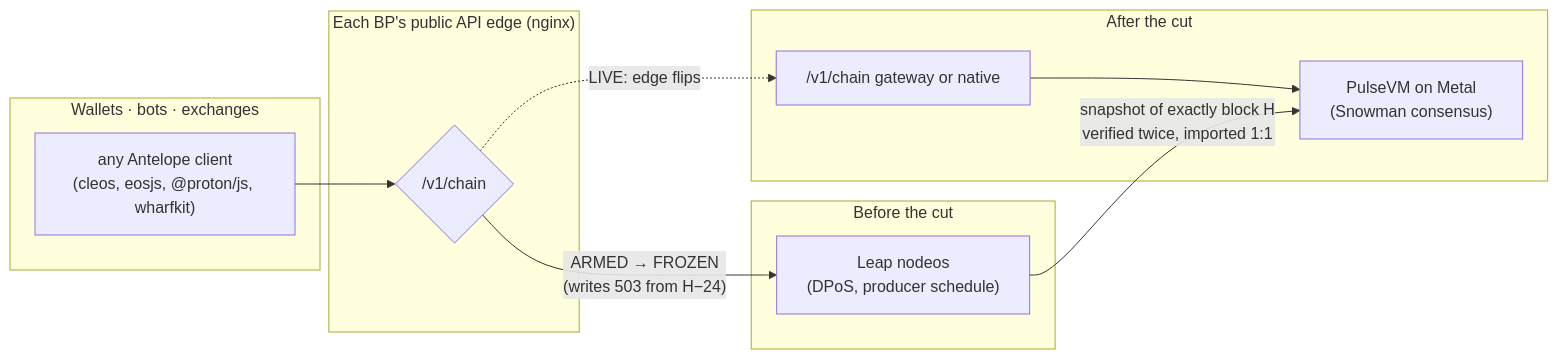
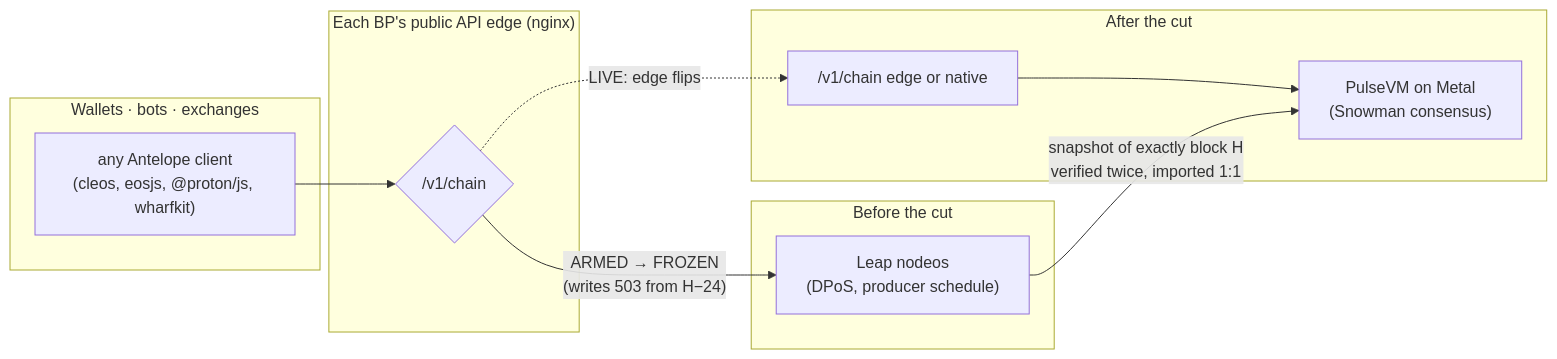
Before and after one commit to paulgnz/pulse-cutover: the diagram in README.md, drawn with Mermaid. The commit also changed other lines of this file and 8 other files, not shown here.

````diff
--- a/README.md
+++ b/README.md
@@ -74,19 +72,19 @@
 ```mermaid
 flowchart LR
     subgraph clients["Wallets · bots · exchanges"]
         A["any Antelope client<br/>(cleos, eosjs, @proton/js, wharfkit)"]
     end
     subgraph edge["Each BP's public API edge (nginx)"]
         E{"/v1/chain"}
     end
     subgraph old["Before the cut"]
         N["Leap nodeos<br/>(DPoS, producer schedule)"]
     end
     subgraph new["After the cut"]
-        G["/v1/chain gateway or native"] --> P["PulseVM on Metal<br/>(Snowman consensus)"]
+        G["/v1/chain edge or native"] --> P["PulseVM on Metal<br/>(Snowman consensus)"]
     end
     A --> E
     E -- "ARMED → FROZEN<br/>(writes 503 from H−24)" --> N
     E -. "LIVE: edge flips" .-> G
     N -- "snapshot of exactly block H<br/>verified twice, imported 1:1" --> P
 ```
````
